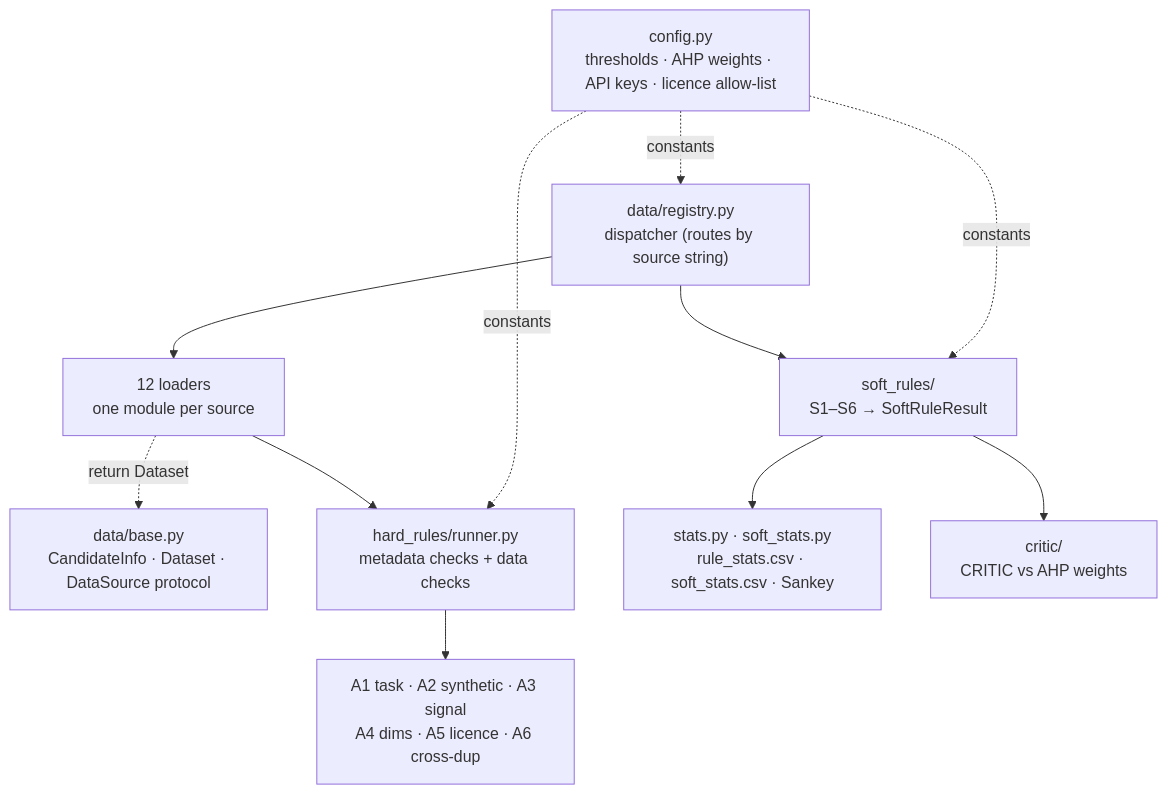
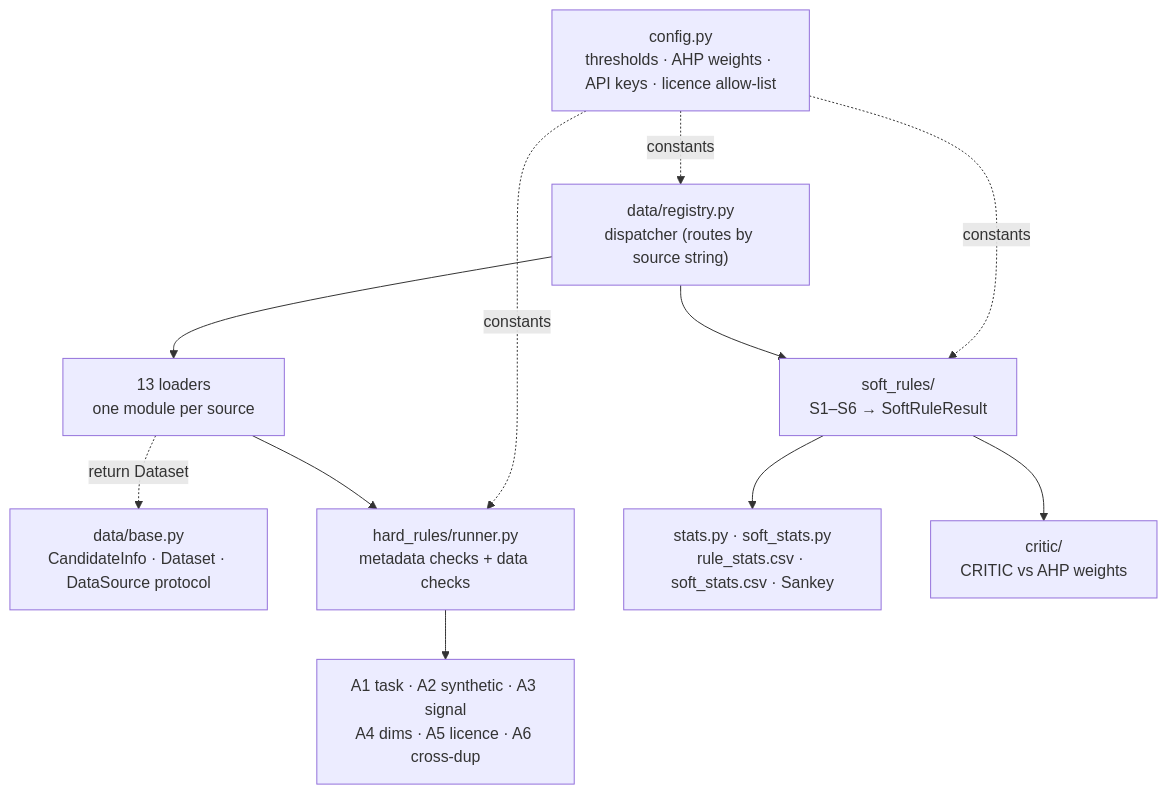
Before and after one commit to JuliusBraitinger/tabular-benchmark-pipeline: the second of 5 diagrams in README.md, drawn with Mermaid. The commit also changed other lines of this file and 19 other files, not shown here.

````diff
--- a/README.md
+++ b/README.md
@@ -42,21 +42,21 @@
 ```mermaid
 flowchart TD
   config["config.py<br/>thresholds · AHP weights · API keys · licence allow-list"]
   registry["data/registry.py<br/>dispatcher (routes by source string)"]
   base["data/base.py<br/>CandidateInfo · Dataset · DataSource protocol"]
-  loaders["12 loaders<br/>one module per source"]
+  loaders["13 loaders<br/>one module per source"]
   runner["hard_rules/runner.py<br/>metadata checks + data checks"]
   rules["A1 task · A2 synthetic · A3 signal<br/>A4 dims · A5 licence · A6 cross-dup"]
   soft["soft_rules/<br/>S1–S6 → SoftRuleResult"]
   stats["stats.py · soft_stats.py<br/>rule_stats.csv · soft_stats.csv · Sankey"]
   critic["critic/<br/>CRITIC vs AHP weights"]
 
   config -. constants .-> registry
   config -. constants .-> runner
   config -. constants .-> soft
   registry --> loaders
   loaders --> runner --> rules
   loaders -. return Dataset .-> base
   registry --> soft --> stats
   soft --> critic
 ```
````
